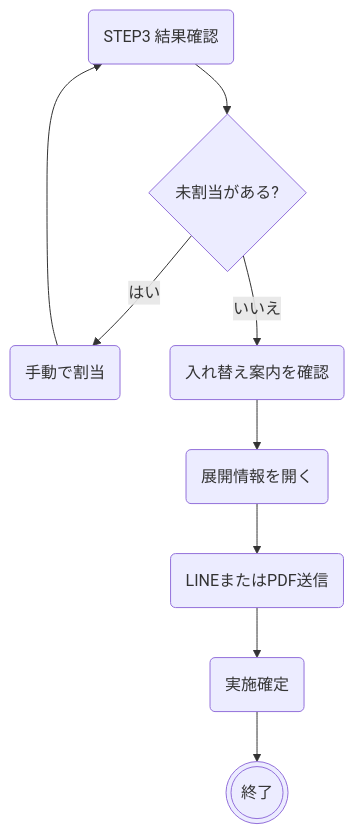
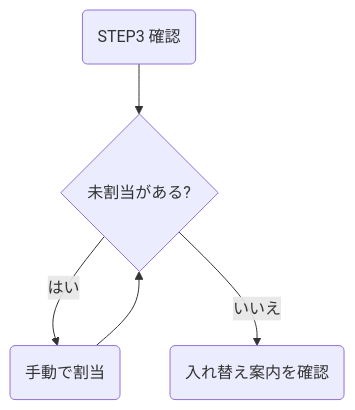
Before and after one commit to tcb15-admin/tcb-tools: the third of 16 diagrams in boys15/docs/TCB-MAN-001_道具割り振りツール_操作マニュアル_v1.5.md, drawn with Mermaid. The commit also changed other lines of this file and 3 other files, not shown here.

First line of the commit message:
fix: 15期マニュアルv1.12でフロー図のPDF途中切れを防止

````diff
--- a/boys15/docs/TCB-MAN-001_道具割り振りツール_操作マニュアル_v1.5.md
+++ b/boys15/docs/TCB-MAN-001_道具割り振りツール_操作マニュアル_v1.5.md
@@ -155,11 +162,7 @@
 ```mermaid
 flowchart TD
-    S3(STEP3 結果確認) --> U{未割当がある?}
+    S3B(STEP3 確認) --> U{未割当がある?}
     U -->|はい| M(手動で割当)
-    M --> S3
+    M --> U
     U -->|いいえ| H(入れ替え案内を確認)
-    H --> SH(展開情報を開く)
-    SH --> SEND(LINEまたはPDF送信)
-    SEND --> CF(実施確定)
-    CF --> E(((終了)))
 ```
````
